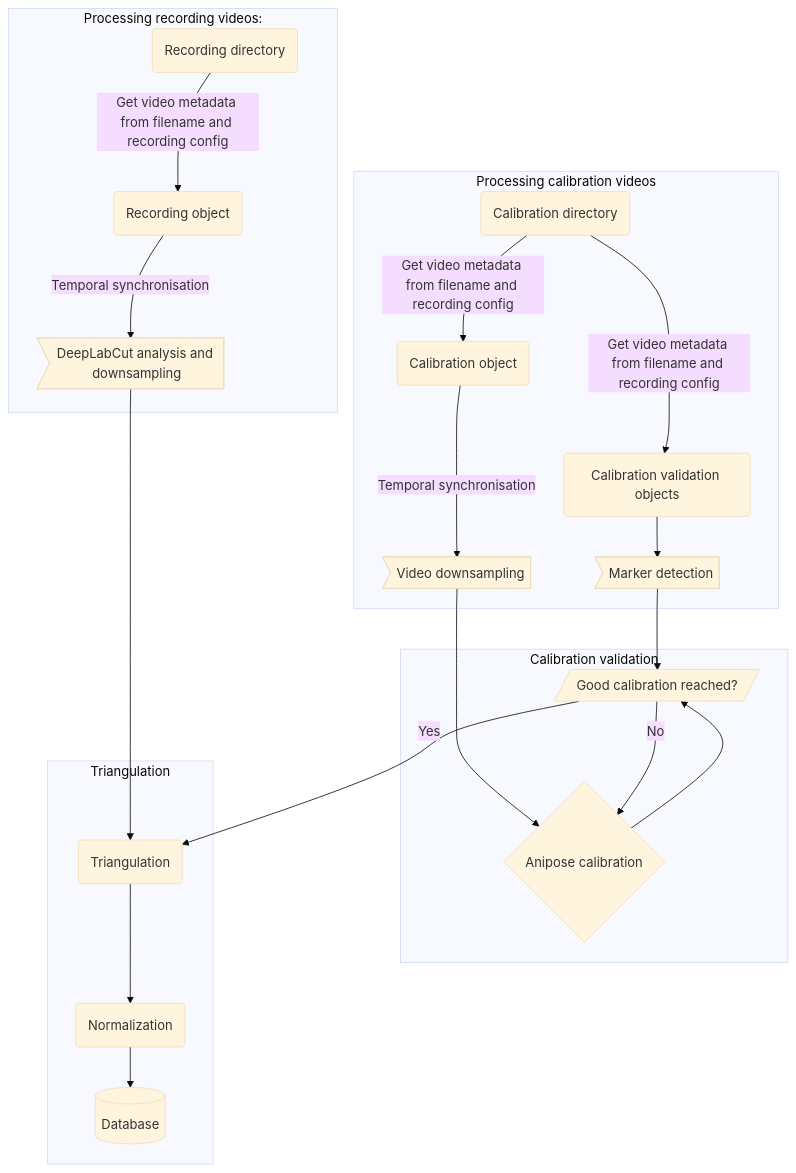
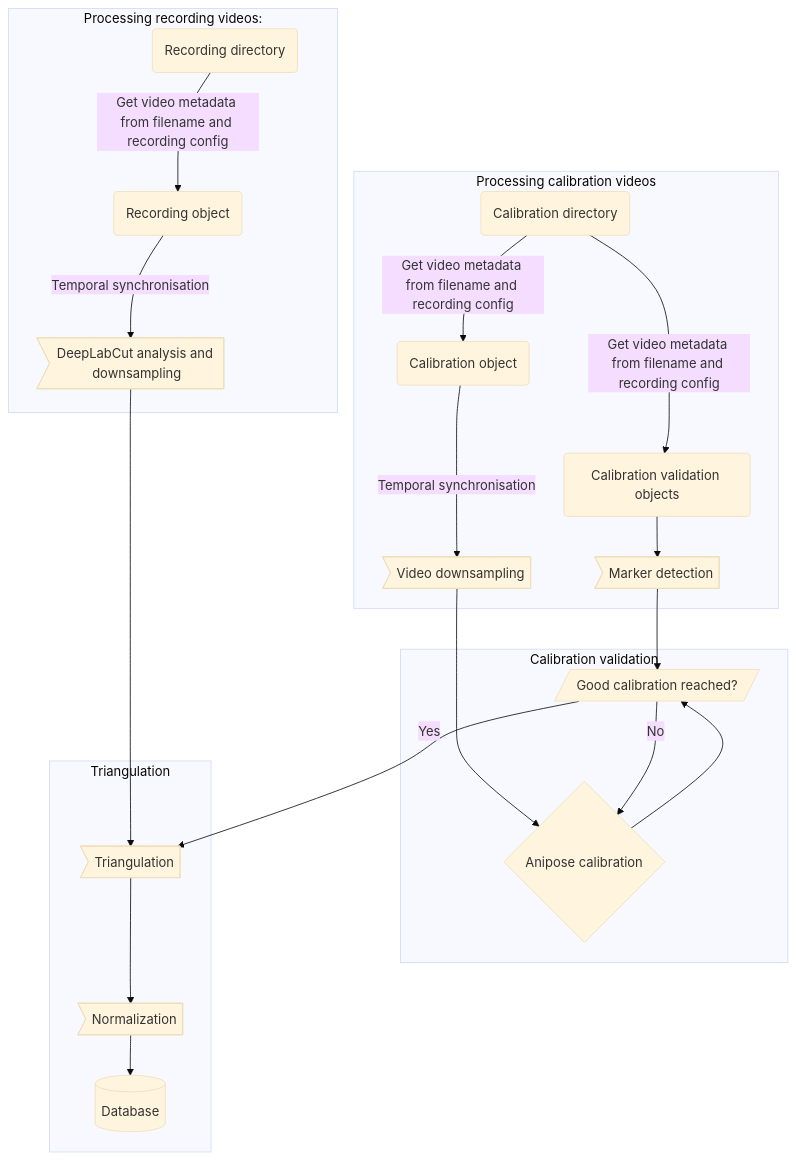
The diagram in README.md (retune-commons/let_it_be_3D), drawn with Mermaid (base theme) before and after one commit. The commit also changed other lines of this file, not shown here.

````diff
--- a/README.md
+++ b/README.md
@@ -15,25 +15,25 @@
 ```mermaid
 flowchart TD;
     video_dir_R(Recording directory) ~~~ video_dir_C(Calibration directory);
     id1(Recording object) ~~~ id2(Calibration object) ~~~ id3(Calibration validation objects);
     subgraph Processing recording videos:
     video_dir_R --> |Get video metadata \nfrom filename and recording config| id1;
     id1-->|Temporal synchronisation| id4>DeepLabCut analysis and downsampling];
     end
     subgraph Processing calibration videos
     video_dir_C --> |Get video metadata \nfrom filename and recording config| id2 & id3;
     id2-->|Temporal synchronisation| id5>Video downsampling];
     id3-->id6>Marker detection];
     end
     id5-->id7{Anipose calibration};
     subgraph Calibration validation
     id7-->id8[/Good calibration reached?/];
     id6-->id8;
     end
     subgraph Triangulation
     id8-->|No|id7;
-    id8-->|Yes|id9(Triangulation);
-    id4-->id9-->id10(Normalization);
+    id8-->|Yes|id9>Triangulation];
+    id4-->id9-->id10>Normalization];
     id10-->id11[(Database)];
     end
 ```
````
